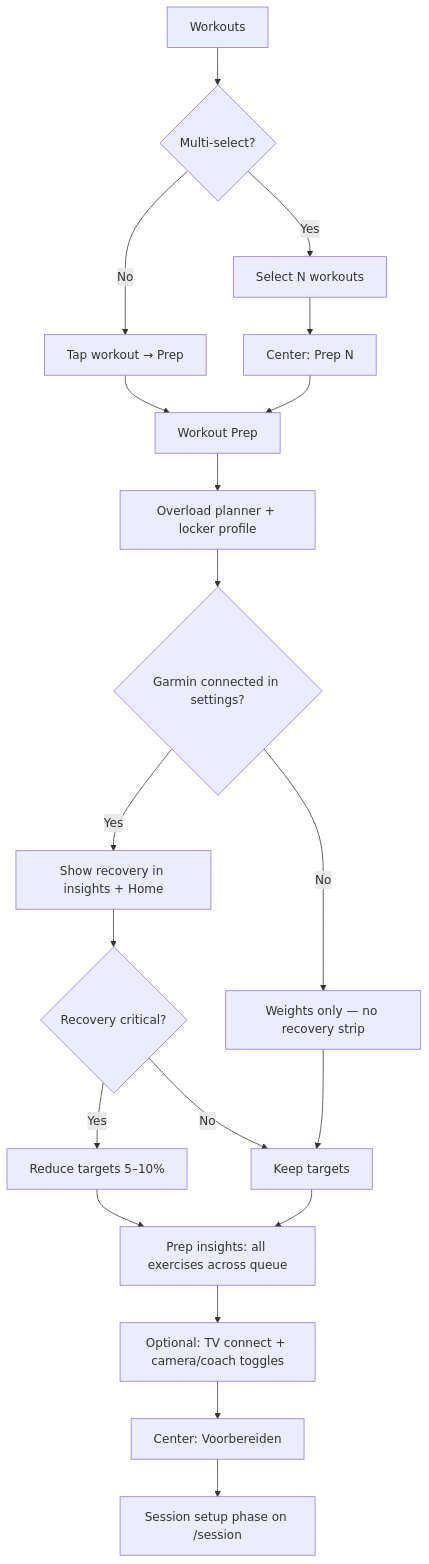
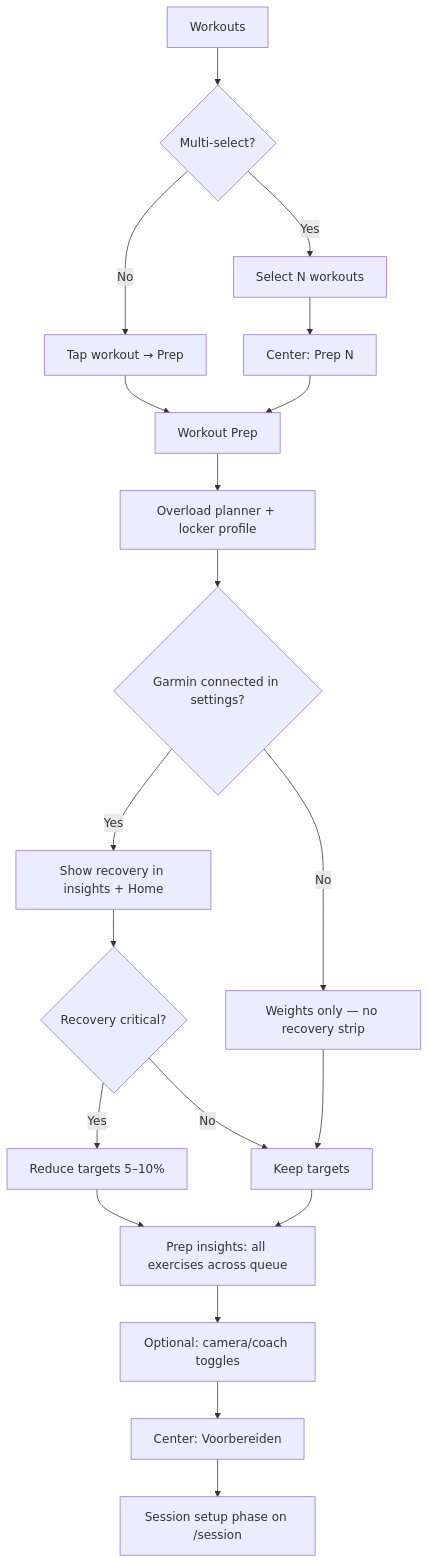
The second of 4 diagrams in ARCHITECTURE.md (ingmarstruijs/solo), drawn with Mermaid before and after one commit. The commit also changed other lines of this file and 47 other files, not shown here.

````diff
--- a/ARCHITECTURE.md
+++ b/ARCHITECTURE.md
@@ -79,22 +72,22 @@
 ```mermaid
 graph TD
   A[Workouts] --> B{Multi-select?}
   B -- No --> C[Tap workout → Prep]
   B -- Yes --> D[Select N workouts]
   D --> E[Center: Prep N]
   C --> F[Workout Prep]
   E --> F
   F --> G[Overload planner + locker profile]
   G --> H{Garmin connected in settings?}
   H -- Yes --> I[Show recovery in insights + Home]
   H -- No --> J[Weights only — no recovery strip]
   I --> K{Recovery critical?}
   K -- Yes --> L[Reduce targets 5–10%]
   K -- No --> M[Keep targets]
   J --> M
   L --> N[Prep insights: all exercises across queue]
   M --> N
-  N --> O[Optional: TV connect + camera/coach toggles]
+  N --> O[Optional: camera/coach toggles]
   O --> P[Center: Voorbereiden]
   P --> Q[Session setup phase on /session]
 ```
````
